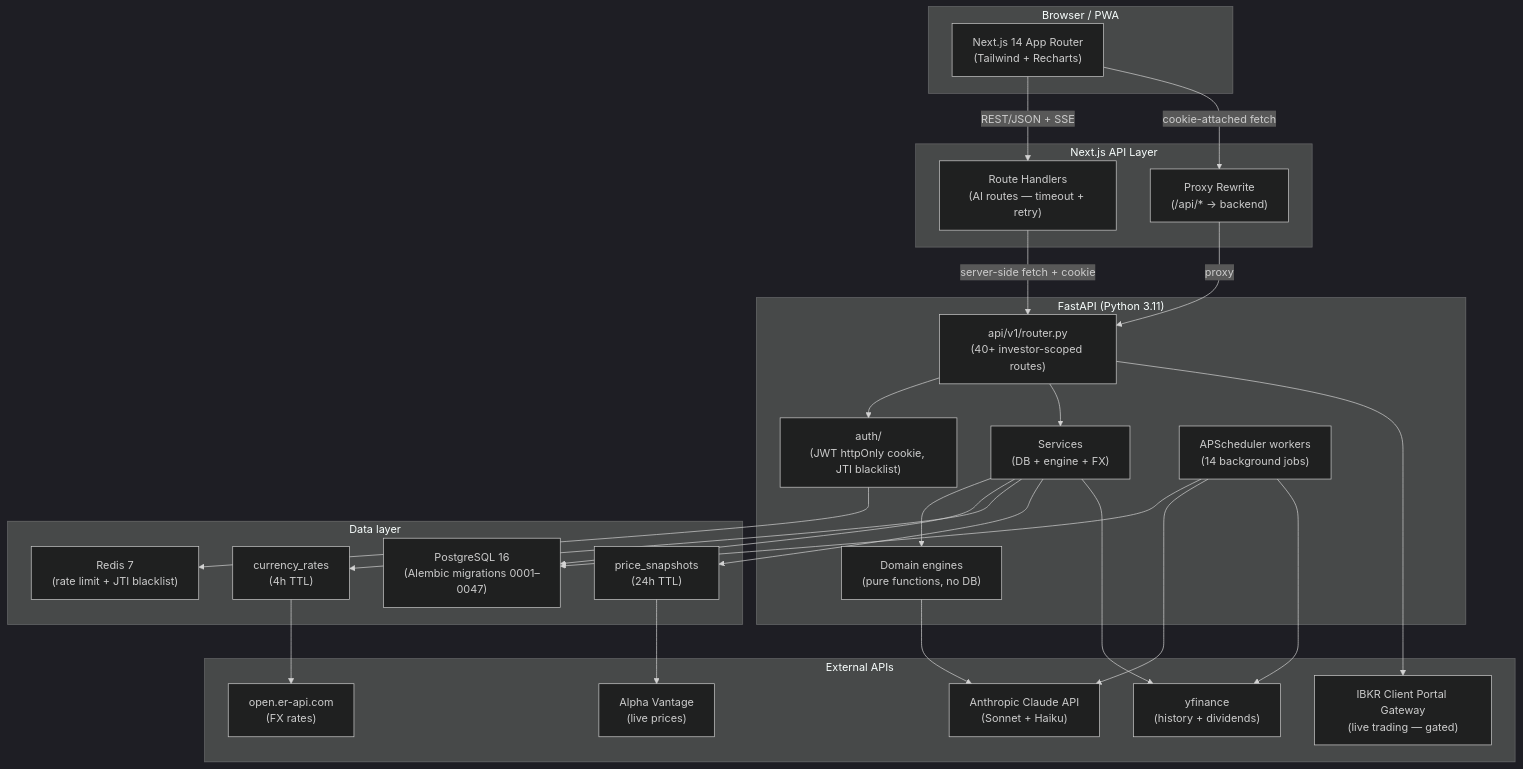
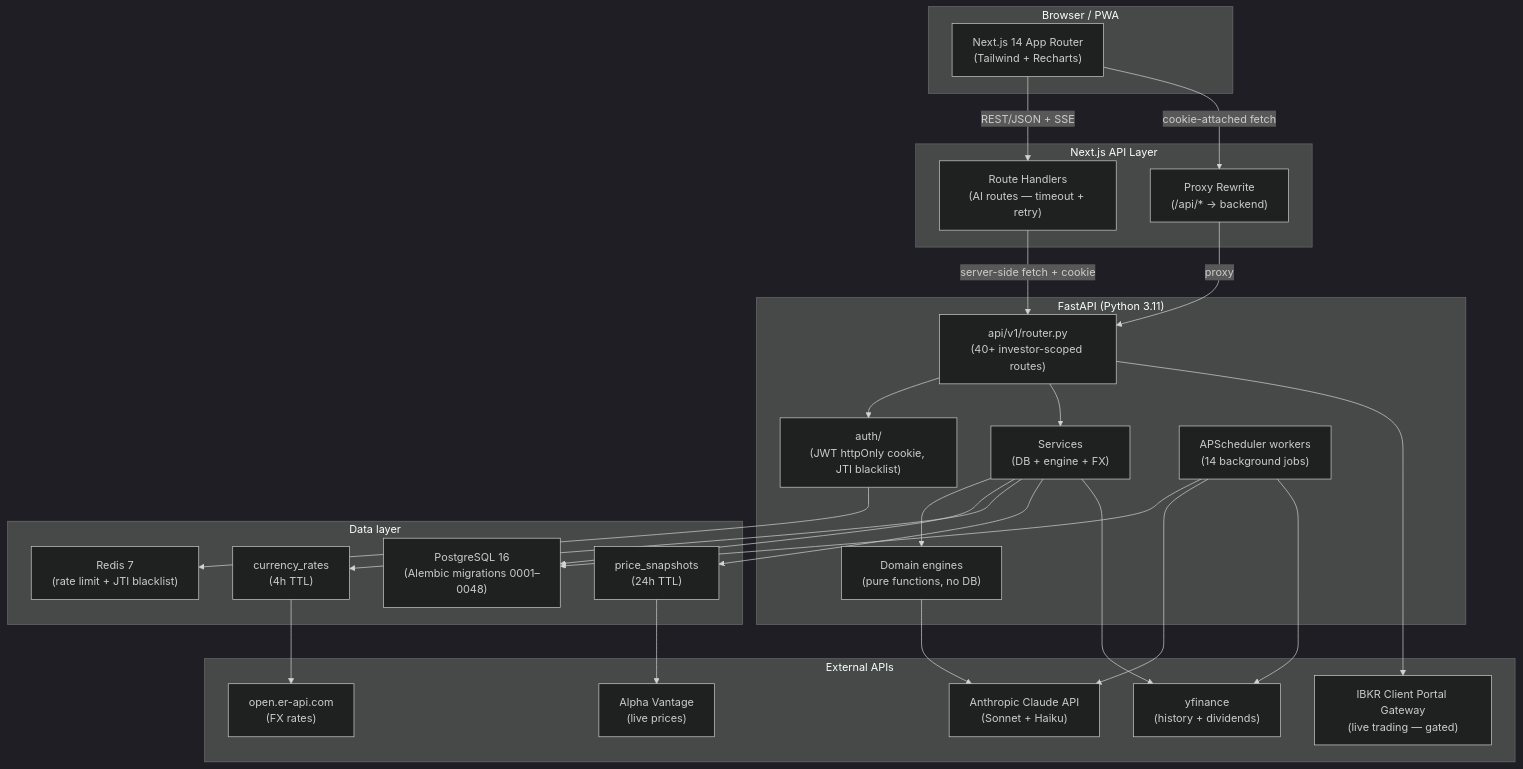
The diagram in docs/architecture.md (erezrozenbaum/tradeops), drawn with Mermaid (dark theme) before and after one commit. The commit also changed other lines of this file and 14 other files, not shown here.

````diff
--- a/docs/architecture.md
+++ b/docs/architecture.md
@@ -30,54 +30,54 @@
 ```mermaid
 flowchart TD
     subgraph Client["Browser / PWA"]
         UI["Next.js 14 App Router\n(Tailwind + Recharts)"]
     end
 
     subgraph Gateway["Next.js API Layer"]
         RH["Route Handlers\n(AI routes — timeout + retry)"]
         PX["Proxy Rewrite\n(/api/* → backend)"]
     end
 
     subgraph Backend["FastAPI (Python 3.11)"]
         API["api/v1/router.py\n(40+ investor-scoped routes)"]
         AUTH["auth/\n(JWT httpOnly cookie, JTI blacklist)"]
         ENG["Domain engines\n(pure functions, no DB)"]
         SVC["Services\n(DB + engine + FX)"]
         WRK["APScheduler workers\n(14 background jobs)"]
     end
 
     subgraph Data["Data layer"]
-        PG["PostgreSQL 16\n(Alembic migrations 0001–0047)"]
+        PG["PostgreSQL 16\n(Alembic migrations 0001–0048)"]
         RD["Redis 7\n(rate limit + JTI blacklist)"]
         PS["price_snapshots\n(24h TTL)"]
         FX["currency_rates\n(4h TTL)"]
     end
 
     subgraph External["External APIs"]
         AV["Alpha Vantage\n(live prices)"]
         YF["yfinance\n(history + dividends)"]
         AI["Anthropic Claude API\n(Sonnet + Haiku)"]
         ER["open.er-api.com\n(FX rates)"]
         IB["IBKR Client Portal Gateway\n(live trading — gated)"]
     end
 
     UI -->|REST/JSON + SSE| RH
     UI -->|cookie-attached fetch| PX
     RH -->|server-side fetch + cookie| API
     PX -->|proxy| API
     API --> AUTH
     AUTH --> RD
     API --> SVC
     SVC --> ENG
     SVC --> PG
     SVC --> FX
     SVC --> PS
     WRK --> PG
     WRK --> AI
     WRK --> YF
     ENG --> AI
     PS --> AV
     FX --> ER
     SVC --> YF
     API --> IB
 ```
````
